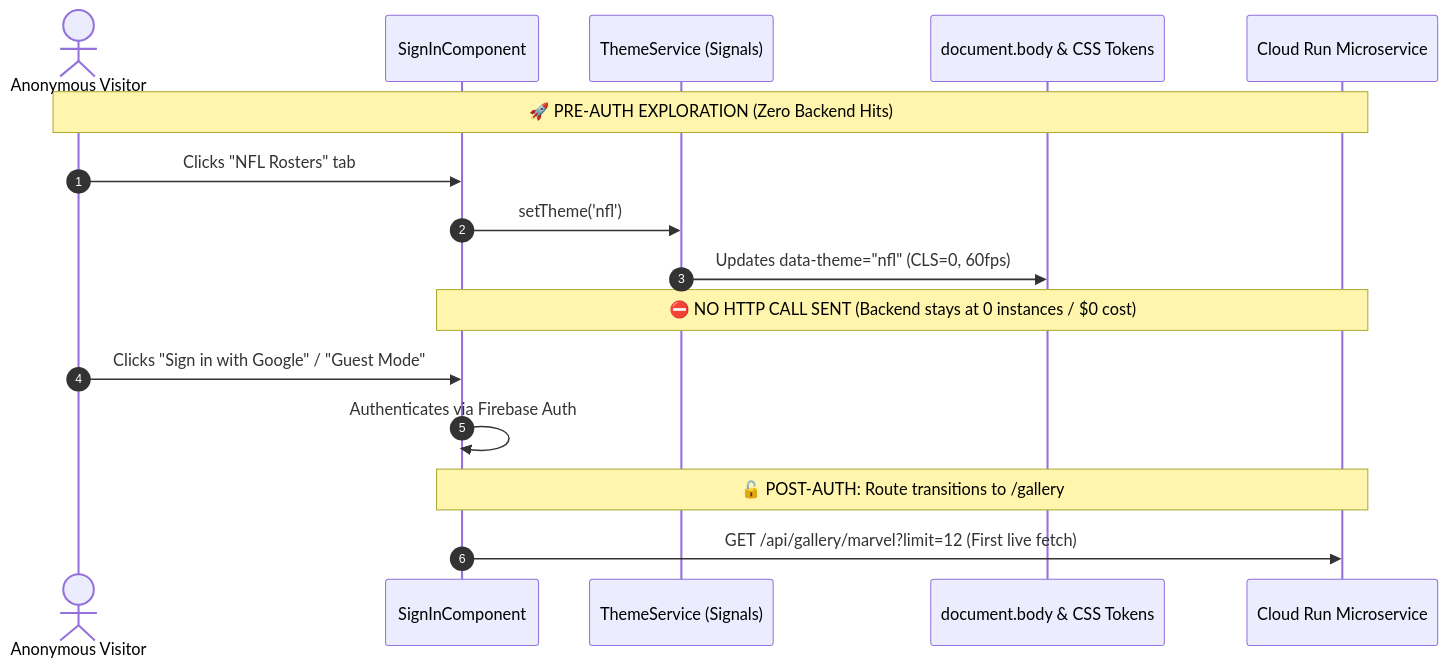
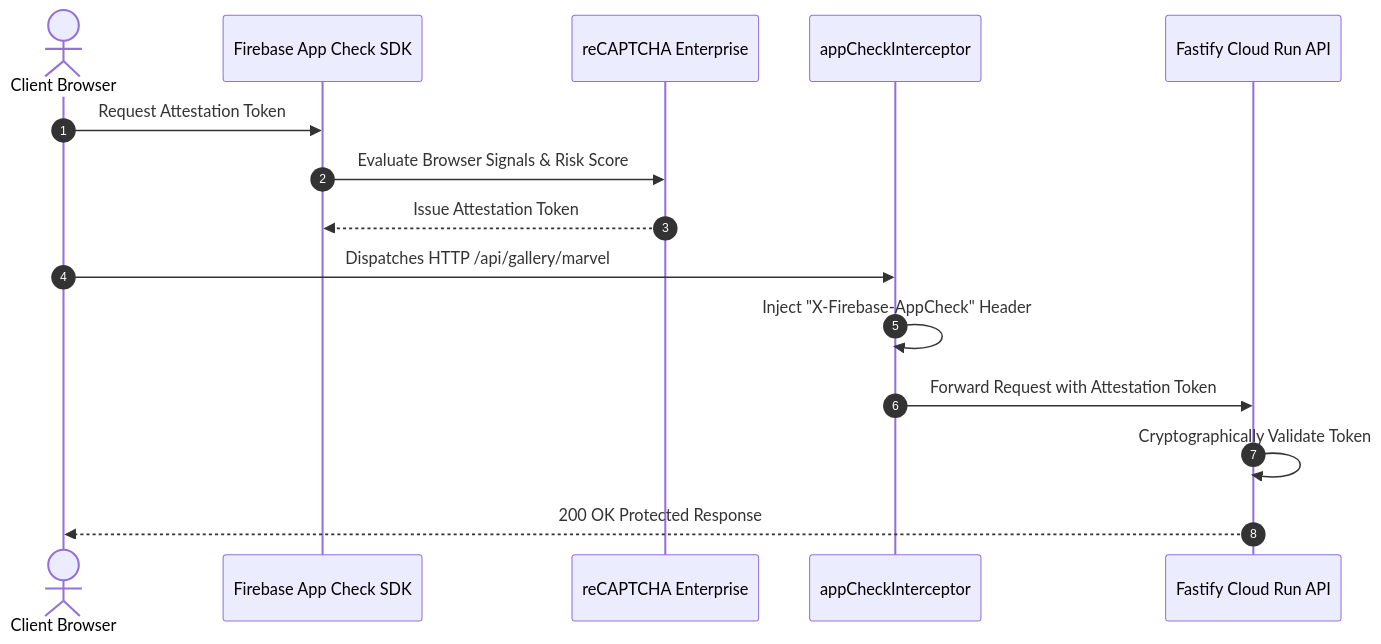
Before and after one commit to himanshusaraswat/prj-generic-gallery: the first of 4 diagrams in README.md, drawn with Mermaid. The commit also changed other lines of this file and 2 other files, not shown here.

Commit message:
docs: showcase App Check attestation, Analytics telemetry, and harden pre-commit hooks

````diff
--- a/README.md
+++ b/README.md
@@ -28,20 +28,18 @@
 ```mermaid
 sequenceDiagram
     autonumber
-    actor User as Anonymous Visitor
-    participant Landing as SignInComponent
-    participant Theme as ThemeService (Signals)
-    participant DOM as document.body & CSS Tokens
-    participant BE as Cloud Run Microservice
+    actor Browser as Client Browser
+    participant AppCheck as Firebase App Check SDK
+    participant Provider as reCAPTCHA Enterprise
+    participant Interceptor as appCheckInterceptor
+    participant Backend as Fastify Cloud Run API
 
-    Note over User,BE: 🚀 PRE-AUTH EXPLORATION (Zero Backend Hits)
-    User->>Landing: Clicks "NFL Rosters" tab
-    Landing->>Theme: setTheme('nfl')
-    Theme->>DOM: Updates data-theme="nfl" (CLS=0, 60fps)
-    Note over Landing,BE: ⛔ NO HTTP CALL SENT (Backend stays at 0 instances / $0 cost)
-
-    User->>Landing: Clicks "Sign in with Google" / "Guest Mode"
-    Landing->>Landing: Authenticates via Firebase Auth
-    Note over Landing,BE: 🔓 POST-AUTH: Route transitions to /gallery
-    Landing->>BE: GET /api/gallery/marvel?limit=12 (First live fetch)
+    Browser->>AppCheck: Request Attestation Token
+    AppCheck->>Provider: Evaluate Browser Signals & Risk Score
+    Provider-->>AppCheck: Issue Attestation Token
+    Browser->>Interceptor: Dispatches HTTP /api/gallery/marvel
+    Interceptor->>Interceptor: Inject "X-Firebase-AppCheck" Header
+    Interceptor->>Backend: Forward Request with Attestation Token
+    Backend->>Backend: Cryptographically Validate Token
+    Backend-->>Browser: 200 OK Protected Response
 ```
````
